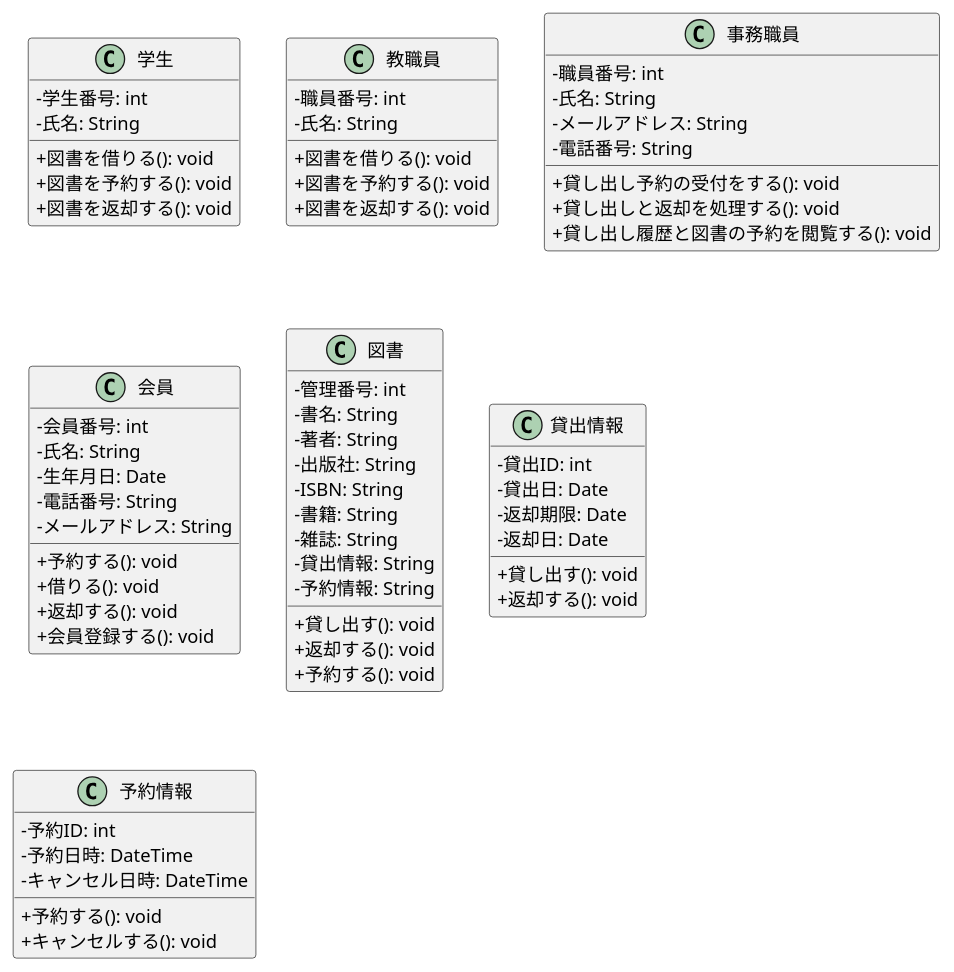
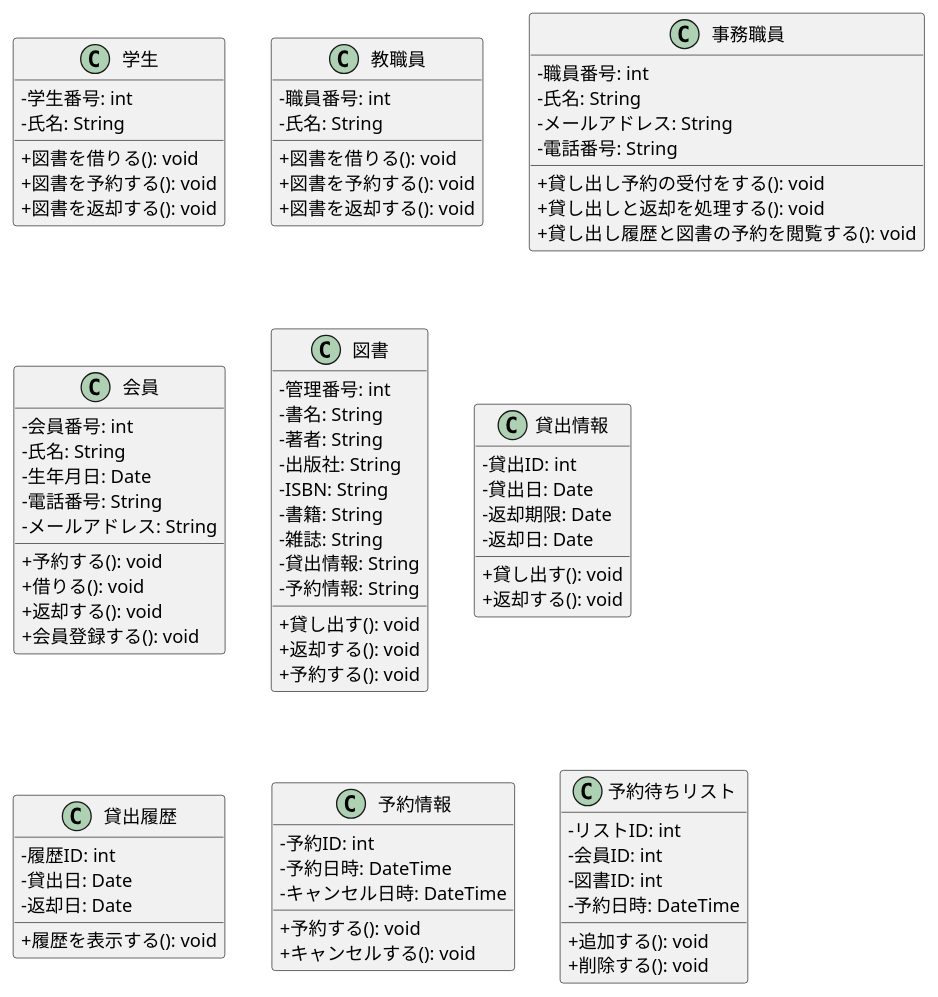
One commit to mameiku/group3-4-No.2 changed the diagram in class.pu. Above: the diagram before and after it, drawn with PlantUML.

Commit message:
(仮)クラス図作成

```diff
--- a/class.pu
+++ b/class.pu
@@ -1,87 +1,105 @@
 @startuml 大原情報科学大学・図書館システムクラス図
 skinparam handwritten false
 skinparam classAttributeIconSize 0
 skinparam defaultFontName ""
 ' ====================================================================
 ' 1. クラス定義 (Core Entities)
 ' ====================================================================
 
 class 学生 {
 - 学生番号: int
 - 氏名: String
 
 + 図書を借りる(): void
 + 図書を予約する(): void
 + 図書を返却する(): void
 }
 
 class 教職員 {
 - 職員番号: int
 - 氏名: String
 
 + 図書を借りる(): void
 + 図書を予約する(): void
 + 図書を返却する(): void
 }
 
 class 事務職員 {
 -職員番号: int
 -氏名: String
 -メールアドレス: String
 -電話番号: String
     
 +貸し出し予約の受付をする(): void
 +貸し出しと返却を処理する(): void
 +貸し出し履歴と図書の予約を閲覧する(): void
 }
 
 class 会員 {
  -会員番号: int
  -氏名: String
  -生年月日: Date
  -電話番号: String
  -メールアドレス: String
 
  +予約する(): void
  +借りる(): void
  +返却する(): void
  +会員登録する(): void
 
 }
 
 class 図書 {
  -管理番号: int
  -書名: String
  -著者: String
  -出版社: String
  -ISBN: String
  -書籍: String
  -雑誌: String
  -貸出情報: String
  -予約情報: String
 
  +貸し出す(): void
  +返却する(): void
  +予約する(): void
 }
 
 class 貸出情報 {
  -貸出ID: int
  -貸出日: Date
  -返却期限: Date
  -返却日: Date
 
  +貸し出す(): void
  +返却する(): void
 }
 
+class 貸出履歴 {
+ -履歴ID: int
+ -貸出日: Date
+ -返却日: Date
+
+ +履歴を表示する(): void
+}
+
 class 予約情報 {
  -予約ID: int
  -予約日時: DateTime
  -キャンセル日時: DateTime
 
  +予約する(): void
  +キャンセルする(): void
 }
 
+class 予約待ちリスト {
+ -リストID: int
+ -会員ID: int
+ -図書ID: int
+ -予約日時: DateTime
+
+ +追加する(): void
+ +削除する(): void
+}
+
 @enduml
```
